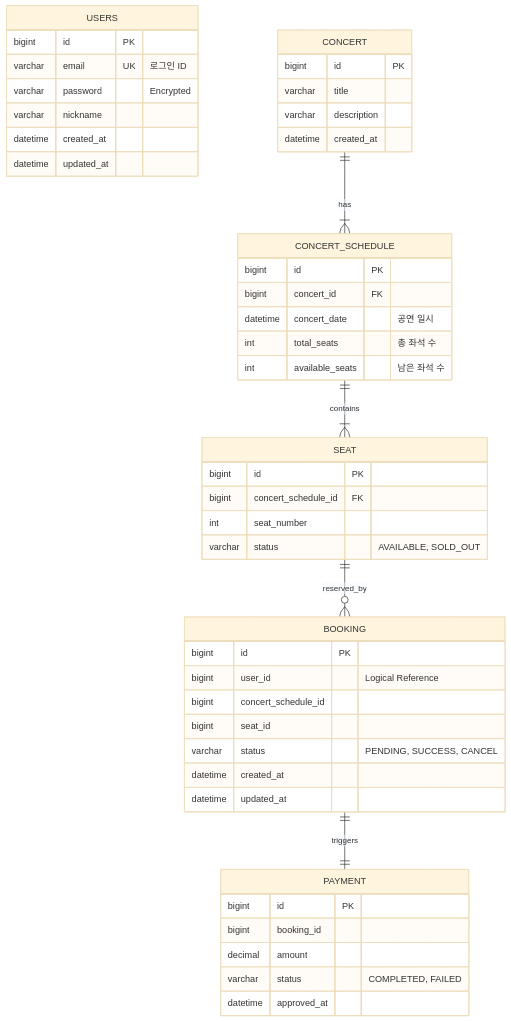
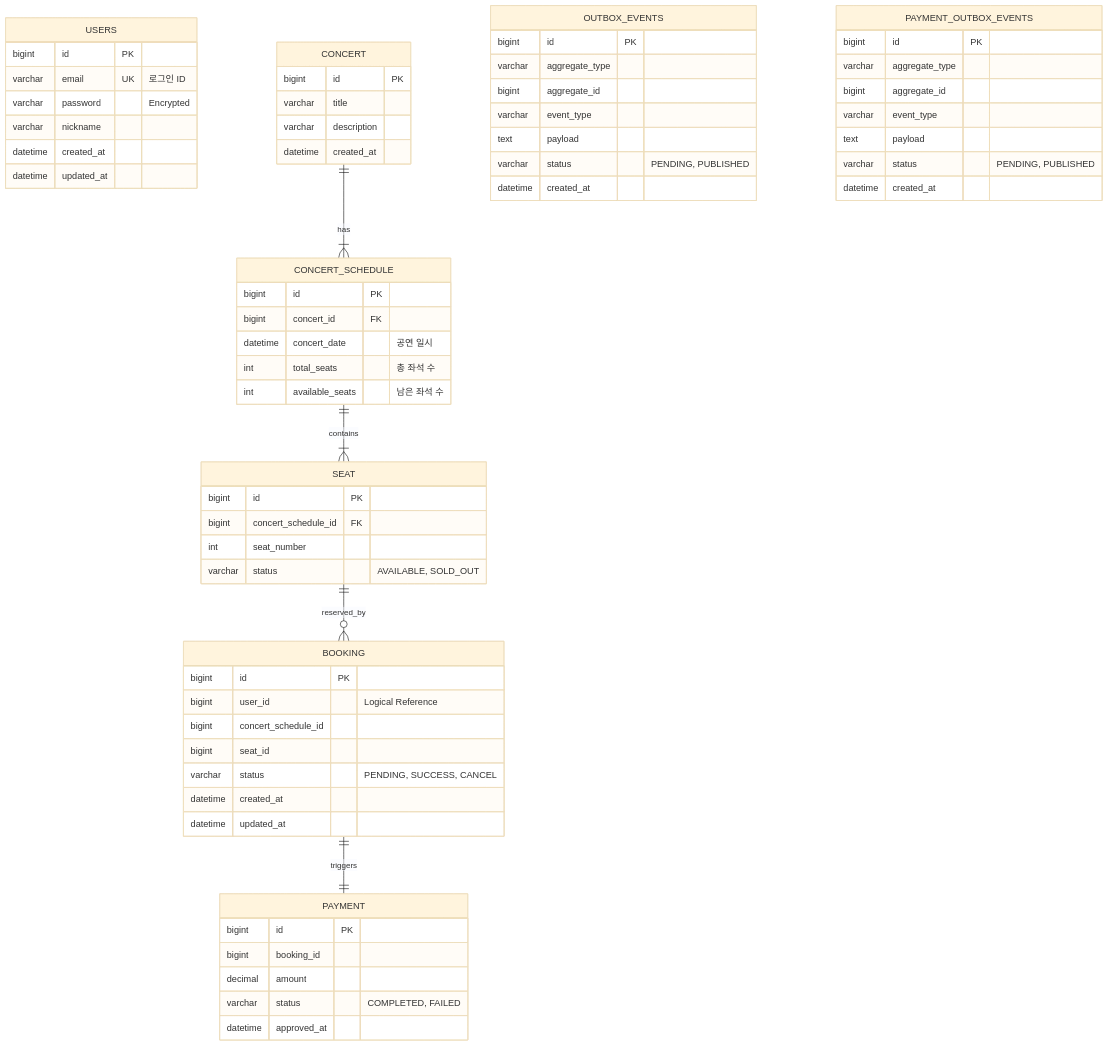
The diagram in docs/erd.md (Seonooo/kp-tickets), drawn with Mermaid (base theme) before and after one commit. The commit also changed other lines of this file and 11 other files, not shown here.

````diff
--- a/docs/erd.md
+++ b/docs/erd.md
@@ -15,60 +15,81 @@
 ```mermaid
 erDiagram
     %% User Domain
     USERS {
         bigint id PK
         varchar email UK "로그인 ID"
         varchar password "Encrypted"
         varchar nickname
         datetime created_at
         datetime updated_at
     }
 
     %% Concert Domain (Meta Data)
     CONCERT {
         bigint id PK
         varchar title
         varchar description
         datetime created_at
     }
 
     CONCERT_SCHEDULE {
         bigint id PK
         bigint concert_id FK
         datetime concert_date "공연 일시"
         int total_seats "총 좌석 수"
         int available_seats "남은 좌석 수"
     }
 
     SEAT {
         bigint id PK
         bigint concert_schedule_id FK
         int seat_number
         varchar status "AVAILABLE, SOLD_OUT"
     }
 
     %% Booking Domain (Transactional)
     BOOKING {
         bigint id PK
         bigint user_id "Logical Reference"
         bigint concert_schedule_id
         bigint seat_id
         varchar status "PENDING, SUCCESS, CANCEL"
         datetime created_at
         datetime updated_at
     }
     
     %% Payment Domain (Log)
     PAYMENT {
         bigint id PK
         bigint booking_id
         decimal amount
         varchar status "COMPLETED, FAILED"
         datetime approved_at
     }
 
+    %% Outbox Pattern (Event consistency)
+    OUTBOX_EVENTS {
+        bigint id PK
+        varchar aggregate_type
+        bigint aggregate_id
+        varchar event_type
+        text payload
+        varchar status "PENDING, PUBLISHED"
+        datetime created_at
+    }
+
+    PAYMENT_OUTBOX_EVENTS {
+        bigint id PK
+        varchar aggregate_type
+        bigint aggregate_id
+        varchar event_type
+        text payload
+        varchar status "PENDING, PUBLISHED"
+        datetime created_at
+    }
+
     CONCERT ||--|{ CONCERT_SCHEDULE : has
     CONCERT_SCHEDULE ||--|{ SEAT : contains
     BOOKING ||--|| PAYMENT : triggers
     SEAT ||--o{ BOOKING : reserved_by
 ```
````
